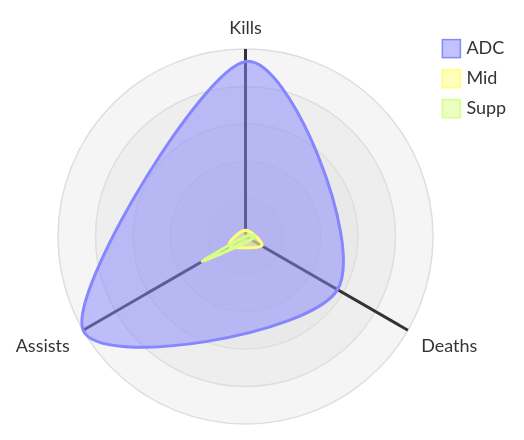
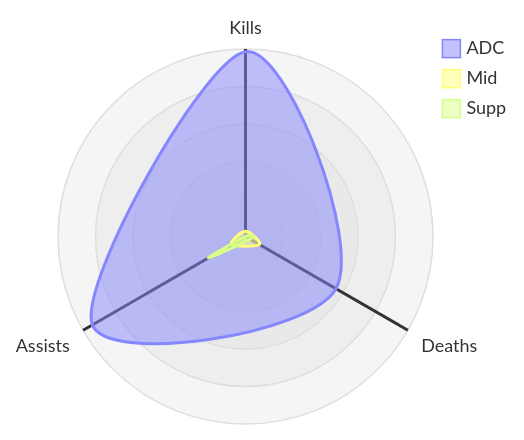
One commit to flowinho/zensical-website changed the second of 5 diagrams in docs/gaming/wild-rift.md. Above: the diagram before and after it, drawn with Mermaid. The commit also changed other lines of this file, not shown here.

````diff
--- a/docs/gaming/wild-rift.md
+++ b/docs/gaming/wild-rift.md
@@ -63,16 +63,16 @@
 ```mermaid
 ---
 config:
   radar:
     width: 250
     height: 250
 ---
 radar-beta
   axis k["Kills"], d["Deaths"], a["Assists"]
-  curve a["ADC"]{56, 34, 60}
+  curve a["ADC"]{69, 39, 66}
   curve m["Mid"]{2, 6, 6}
   curve s["Supp"]{0, 2, 16}
 
-  max 60
+  max 70
   min 0
 ```
````
